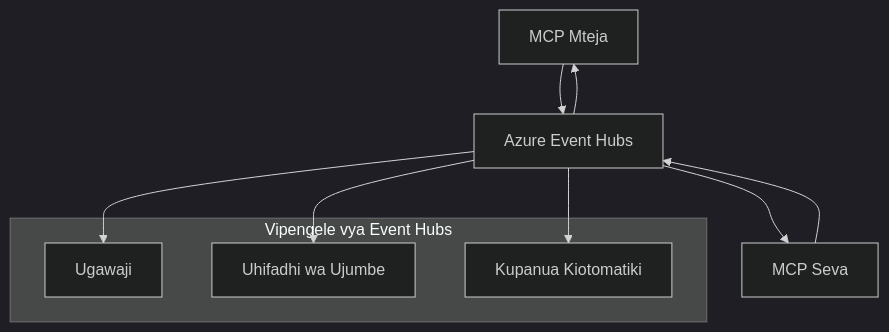
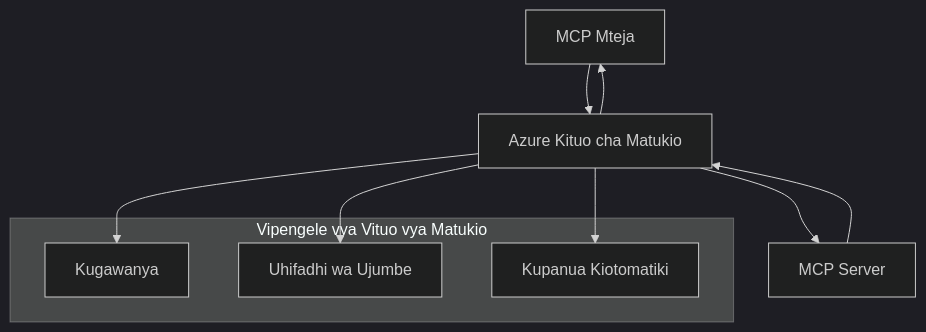
Before and after one commit to HIDORAKAI002/ai-workspace-archive: the second of 2 diagrams in mcp_ecosystem__model_context_protocol/mcp_learning_resources/mcp-for-beginners/translations/sw/05-AdvancedTopics/mcp-transport/README.md, drawn with Mermaid (dark theme). The commit also changed other lines of this file and 1539 other files, not shown here.

````diff
--- a/mcp_ecosystem__model_context_protocol/mcp_learning_resources/mcp-for-beginners/translations/sw/05-AdvancedTopics/mcp-transport/README.md
+++ b/mcp_ecosystem__model_context_protocol/mcp_learning_resources/mcp-for-beginners/translations/sw/05-AdvancedTopics/mcp-transport/README.md
@@ -269,17 +270,17 @@
 ```mermaid
 graph TB
-    Client[MCP Mteja] --> EH[Azure Event Hubs]
-    EH --> Server[MCP Seva]
+    Client[MCP Mteja] --> EH[Azure Kituo cha Matukio]
+    EH --> Server[MCP Server]
     Server --> EH
     EH --> Client
     
-    subgraph "Vipengele vya Event Hubs"
-        Partition[Ugawaji]
+    subgraph "Vipengele vya Vituo vya Matukio"
+        Partition[Kugawanya]
         Retention[Uhifadhi wa Ujumbe]
         Scaling[Kupanua Kiotomatiki]
     end
     
     EH --> Partition
     EH --> Retention
     EH --> Scaling
 ```
````
